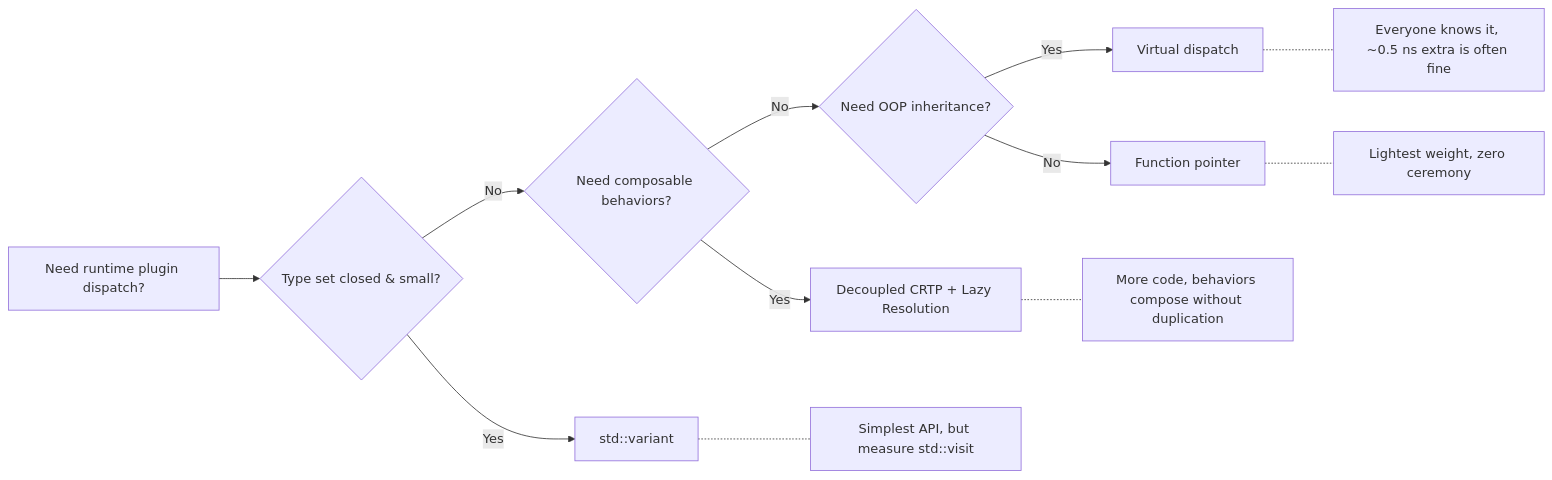
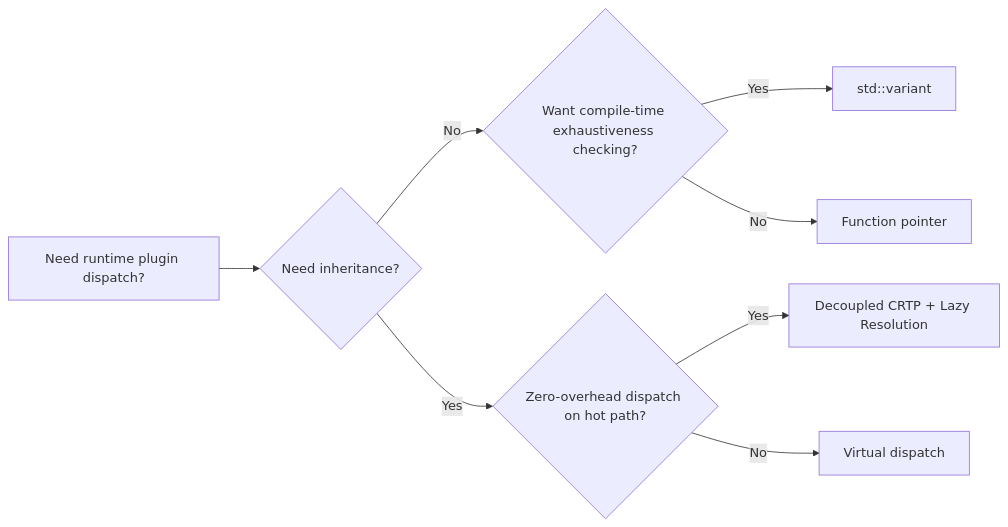
One commit to Shubhankar-Gambhir/Shubhankar-Gambhir.github.io changed the diagram in _posts/2026-05-07-four-ways-to-dispatch-a-runtime-selected-strategy-in-cpp.md. Above: the diagram before and after it, drawn with Mermaid.

Commit message:
Rewrite Decision Framework flowchart with corrected logic
Split on inheritance first, then: exhaustiveness checking (variant vs
fnptr) and zero-overhead hot path (CRTP vs virtual). Removed annotation
notes for cleaner diagram.

````diff
--- a/_posts/2026-05-07-four-ways-to-dispatch-a-runtime-selected-strategy-in-cpp.md
+++ b/_posts/2026-05-07-four-ways-to-dispatch-a-runtime-selected-strategy-in-cpp.md
@@ -271,15 +271,10 @@
 ```mermaid
 flowchart LR
-    A[Need runtime plugin dispatch?] --> B{Type set closed & small?}
-    B -- Yes --> C[std::variant]
-    B -- No --> D{Need composable behaviors?}
-    D -- Yes --> F[Decoupled CRTP + Lazy Resolution]
-    D -- No --> E{Need OOP inheritance?}
-    E -- Yes --> G[Virtual dispatch]
-    E -- No --> H[Function pointer]
-
-    C -.- C1["Simplest API, but measure std::visit"]
-    F -.- F1["More code, behaviors compose without duplication"]
-    G -.- G1["Everyone knows it, ~0.5 ns extra is often fine"]
-    H -.- H1["Lightest weight, zero ceremony"]
+    A[Need runtime plugin dispatch?] --> B{Need inheritance?}
+    B -- No --> C{Want compile-time exhaustiveness checking?}
+    C -- Yes --> D[std::variant]
+    C -- No --> E[Function pointer]
+    B -- Yes --> F{Zero-overhead dispatch on hot path?}
+    F -- Yes --> G[Decoupled CRTP + Lazy Resolution]
+    F -- No --> H[Virtual dispatch]
 ```
````
